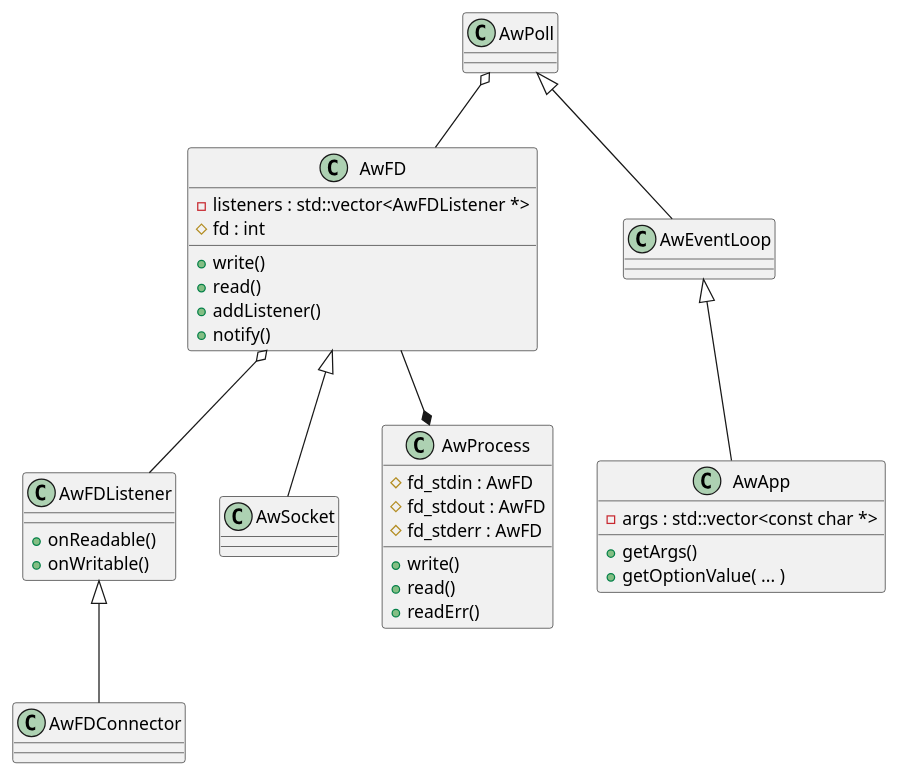
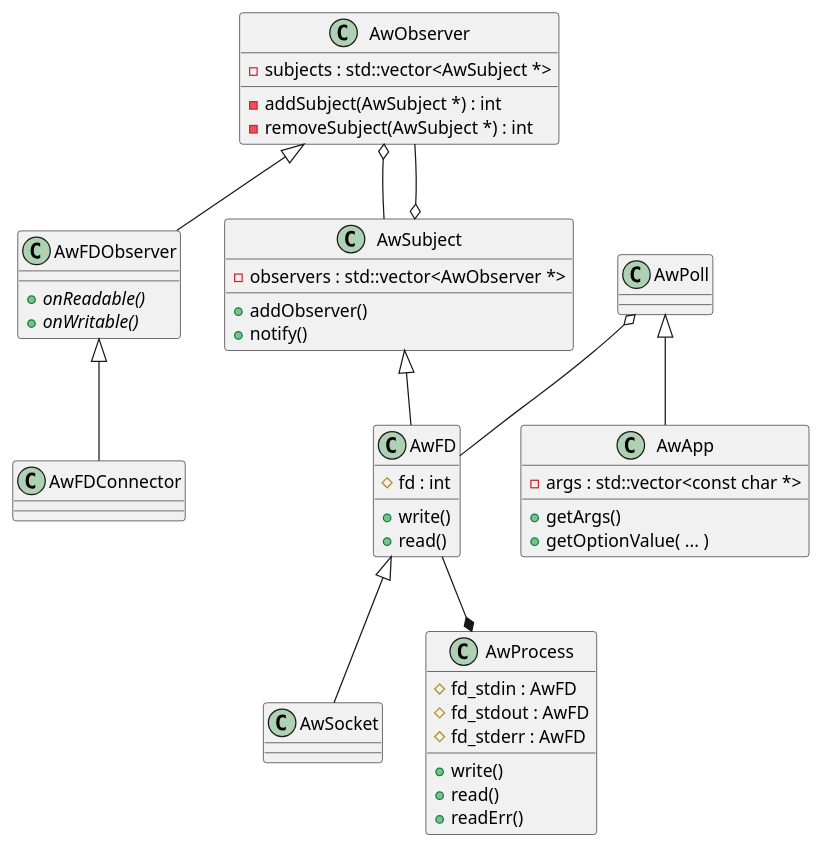
The diagram in doc/class_diagram.puml (andrew-rogers/AndrewWIDE), drawn with PlantUML before and after one commit. The commit also changed 16 other files, not shown here.

Commit message:
Added AwObserver and AwSubject to implement observer pattern. Removed AwFDListener and replaced with AwFDObserver.

```diff
--- a/doc/class_diagram.puml
+++ b/doc/class_diagram.puml
@@ -1,41 +1,49 @@
 @startuml
-AwFDListener <|-- AwFDConnector
+AwFDObserver <|-- AwFDConnector
+AwSubject <|-- AwFD
+AwSubject o-- AwObserver
 AwFD <|-- AwSocket
 AwFD --* AwProcess
-AwFD o-- AwFDListener
-AwPoll <|-- AwEventLoop
-AwEventLoop <|-- AwApp
+AwPoll <|-- AwApp
 AwPoll o-- AwFD
+AwObserver <|-- AwFDObserver
+AwObserver o-- AwSubject
 
 class AwApp {
- -args : std::vector<const char *>
  +getArgs()
  +getOptionValue( ... )
+ -args : std::vector<const char *>
 }
 
-class AwEventLoop {
+class AwFDObserver {
+ {abstract} +onReadable()
+ {abstract} +onWritable()
 }
 
-class AwFDListener {
- +onReadable()
- +onWritable()
+class AwObserver {
+ -subjects : std::vector<AwSubject *>
+ -addSubject(AwSubject *) : int
+ -removeSubject(AwSubject *) : int
+}
+
+class AwSubject {
+ +addObserver()
+ +notify()
+ -observers : std::vector<AwObserver *>
 }
 
 class AwFD {
- -listeners : std::vector<AwFDListener *>
- #fd : int
  +write()
  +read()
- +addListener()
- +notify()
+ #fd : int
 }
 
 class AwProcess {
+ +write()
+ +read()
+ +readErr()
  #fd_stdin : AwFD
  #fd_stdout : AwFD
  #fd_stderr : AwFD
- +write()
- +read()
- +readErr()
 }
 @enduml
```
